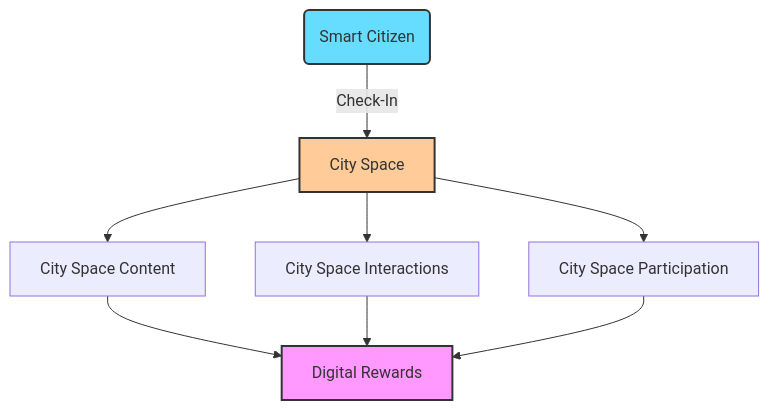
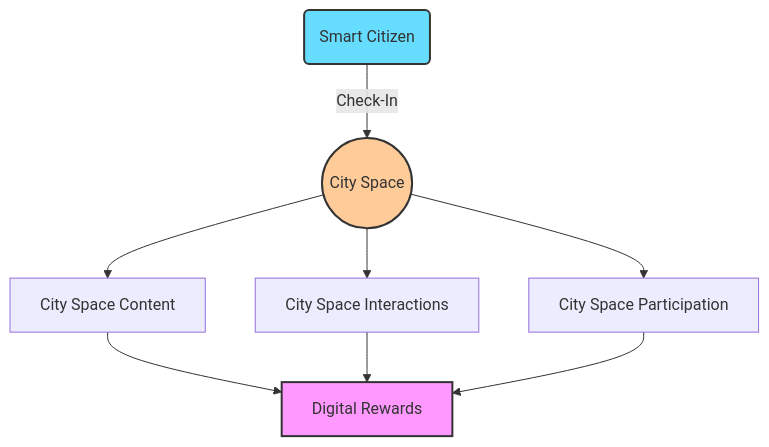
Before and after one commit to cityos-work/cityos-dev: the diagram in pages/elements/city-spaces.md, drawn with Mermaid.

````diff
--- a/pages/elements/city-spaces.md
+++ b/pages/elements/city-spaces.md
@@ -16,13 +16,13 @@
 ```mermaid
 graph TD;
-    U(Smart Citizen)-- Check-In -->CS[City Space];
+    U(Smart Citizen)-- Check-In -->CS((City Space));
     CS-->CSC[City Space Content];
     CS-->CSI[City Space Interactions];
     CS-->CSP[City Space Participation];
     CSC-->DR[Digital Rewards];
     CSI-->DR;
     CSP-->DR;
     style U fill:#6df,stroke:#333,stroke-width:2px
     style CS fill:#fc9,stroke:#333,stroke-width:2px
     style DR fill:#f9f,stroke:#333,stroke-width:2px
 ```
````
